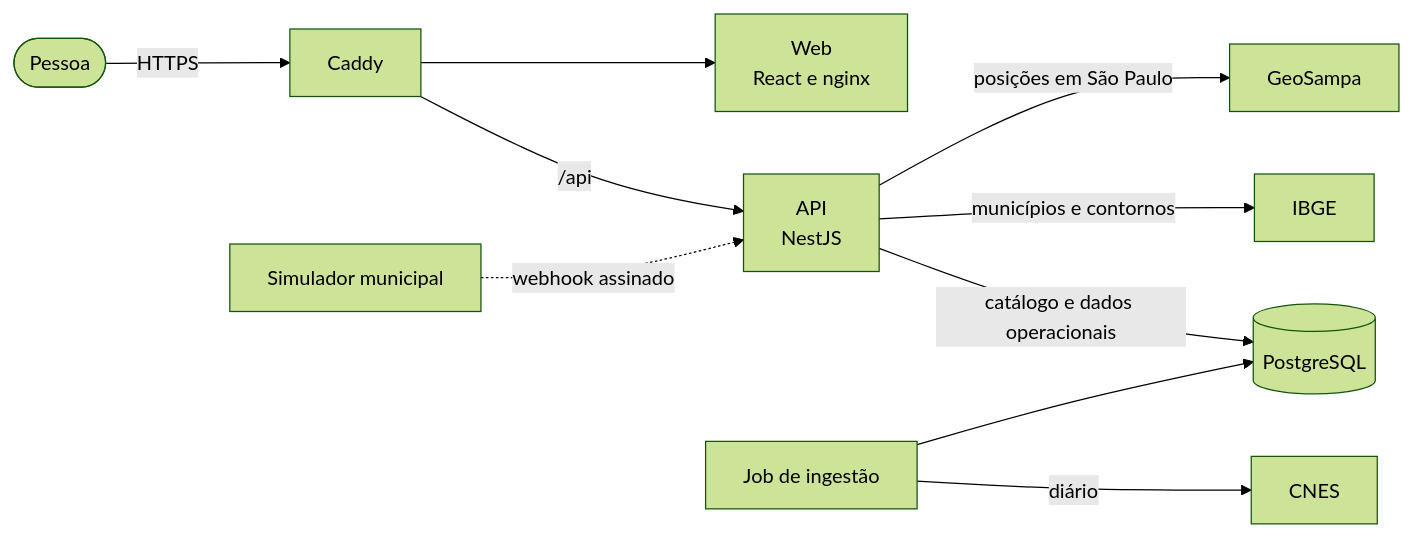
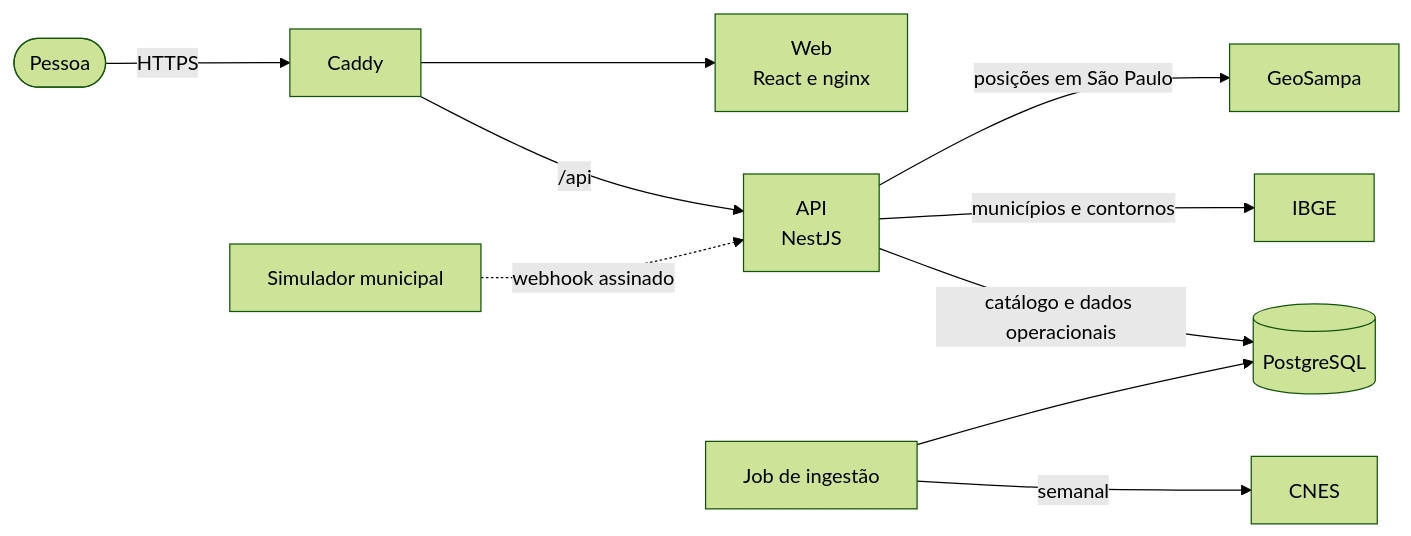
The first of 3 diagrams in README.md (PJIEixoComputacaoUnivesp/FilaSaude), drawn with Mermaid (forest theme) before and after one commit. The commit also changed other lines of this file and 2 other files, not shown here.

Commit message:
docs: agenda ingestão nacional semanalmente

````diff
--- a/README.md
+++ b/README.md
@@ -54,14 +54,14 @@
 ```mermaid
 flowchart LR
   pessoa(["Pessoa"]) -->|"HTTPS"| caddy["Caddy"]
   caddy --> web["Web<br/>React e nginx"]
   caddy -->|"/api"| api["API<br/>NestJS"]
 
   api -->|"catálogo e dados operacionais"| db[("PostgreSQL")]
   api -->|"municípios e contornos"| ibge["IBGE"]
   api -->|"posições em São Paulo"| geo["GeoSampa"]
 
   sim["Simulador municipal"] -.->|"webhook assinado"| api
-  job["Job de ingestão"] -->|"diário"| cnes["CNES"]
+  job["Job de ingestão"] -->|"semanal"| cnes["CNES"]
   job --> db
 ```
````
